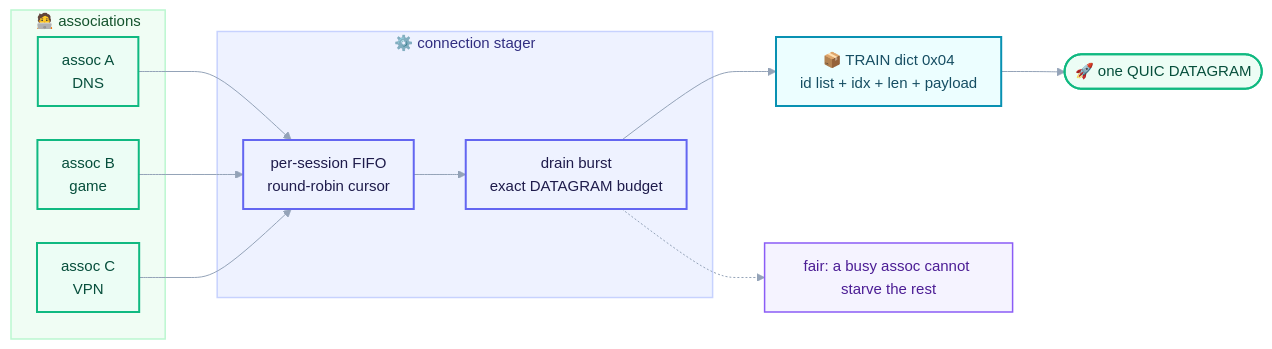
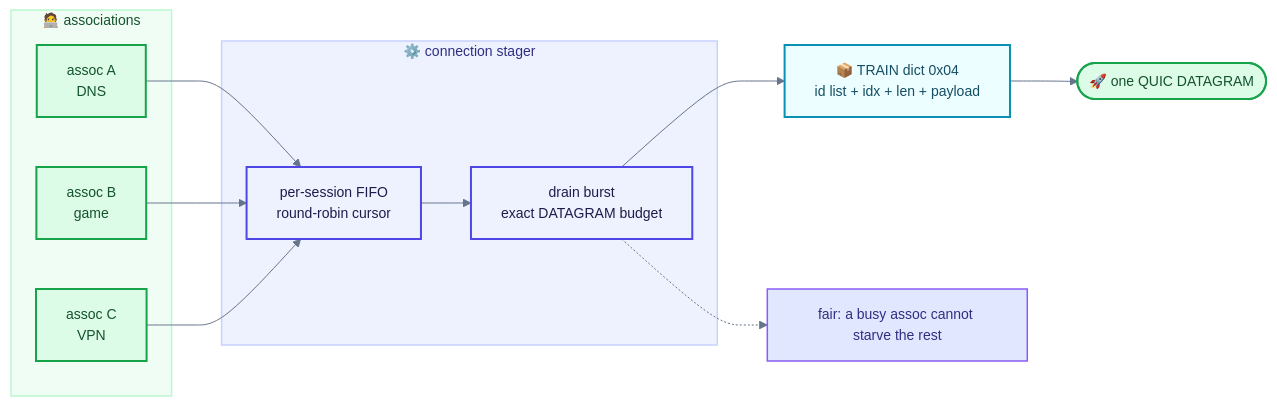
One commit to Terutoki/MyQUIC2 changed diagram 23 of 25 in README.md. Above: the diagram before and after it, drawn with Mermaid. The commit also changed other lines of this file, not shown here.

````diff
--- a/README.md
+++ b/README.md
@@ -1044,36 +1065,36 @@
 ```mermaid
-%%{init: {"theme":"base","themeVariables":{"fontSize":"15px","primaryColor":"#eef2ff","primaryTextColor":"#0f172a","primaryBorderColor":"#6366f1","lineColor":"#94a3b8","secondaryColor":"#ecfeff","tertiaryColor":"#fff7ed","edgeLabelBackground":"#ffffff","clusterBkg":"#f8fafc","clusterBorder":"#e2e8f0","mainBkg":"#ffffff","noteBkgColor":"#eff6ff","noteBorderColor":"#93c5fd","noteTextColor":"#1e3a8a"},"flowchart":{"curve":"basis","nodeSpacing":34,"rankSpacing":52,"padding":12,"htmlLabels":true}} }%%
+%%{init: {"theme":"base","themeVariables":{"fontSize":"14px","lineColor":"#64748b"}}}%%
 flowchart LR
 subgraph APPS["🧑‍💻 associations"]
         A["assoc A<br/>DNS"]
         B["assoc B<br/>game"]
         C["assoc C<br/>VPN"]
     end
     subgraph STAGE["⚙️ connection stager"]
         Q["per-session FIFO<br/>round-robin cursor"]
         F["drain burst<br/>exact DATAGRAM budget"]
     end
     A --> Q
     B --> Q
     C --> Q
     Q --> F
     F --> T["📦 TRAIN dict 0x04<br/>id list + idx + len + payload"]
     T --> D(["🚀 one QUIC DATAGRAM"])
     F -.-> NOTE["fair: a busy assoc cannot starve the rest"]
     class A,B,C clientC
     class Q,F coreC
     class T wireC
     class D clientC
     class NOTE noteC
     style APPS fill:#f0fdf4,stroke:#bbf7d0,stroke-width:1.5px,color:#14532d
     style STAGE fill:#eef2ff,stroke:#c7d2fe,stroke-width:1.5px,color:#312e81
 
-    classDef clientC fill:#ecfdf5,stroke:#10b981,stroke-width:2px,color:#064e3b
-    classDef coreC fill:#eef2ff,stroke:#6366f1,stroke-width:2px,color:#1e1b4b
+    classDef clientC fill:#dcfce7,stroke:#16a34a,stroke-width:2px,color:#14532d
+    classDef coreC fill:#eef2ff,stroke:#4f46e5,stroke-width:2px,color:#1e1b4b
     classDef wireC fill:#ecfeff,stroke:#0891b2,stroke-width:2px,color:#164e63
-    classDef warmC fill:#fff7ed,stroke:#f97316,stroke-width:2px,color:#7c2d12
+    classDef warmC fill:#fff7ed,stroke:#fb923c,stroke-width:2px,color:#7c2d12
     classDef dangerC fill:#fff1f2,stroke:#e11d48,stroke-width:2px,color:#881337
     classDef muteC fill:#f8fafc,stroke:#cbd5e1,color:#475569
-    classDef noteC fill:#f5f3ff,stroke:#8b5cf6,stroke-width:1.5px,color:#4c1d95
-    classDef decisionC fill:#fef3c7,stroke:#d97706,stroke-width:2px,color:#78350f
+    classDef noteC fill:#e0e7ff,stroke:#8b5cf6,stroke-width:1.5px,color:#312e81
+    classDef decisionC fill:#fef9c3,stroke:#eab308,stroke-width:2px,color:#713f12
 ```
````
